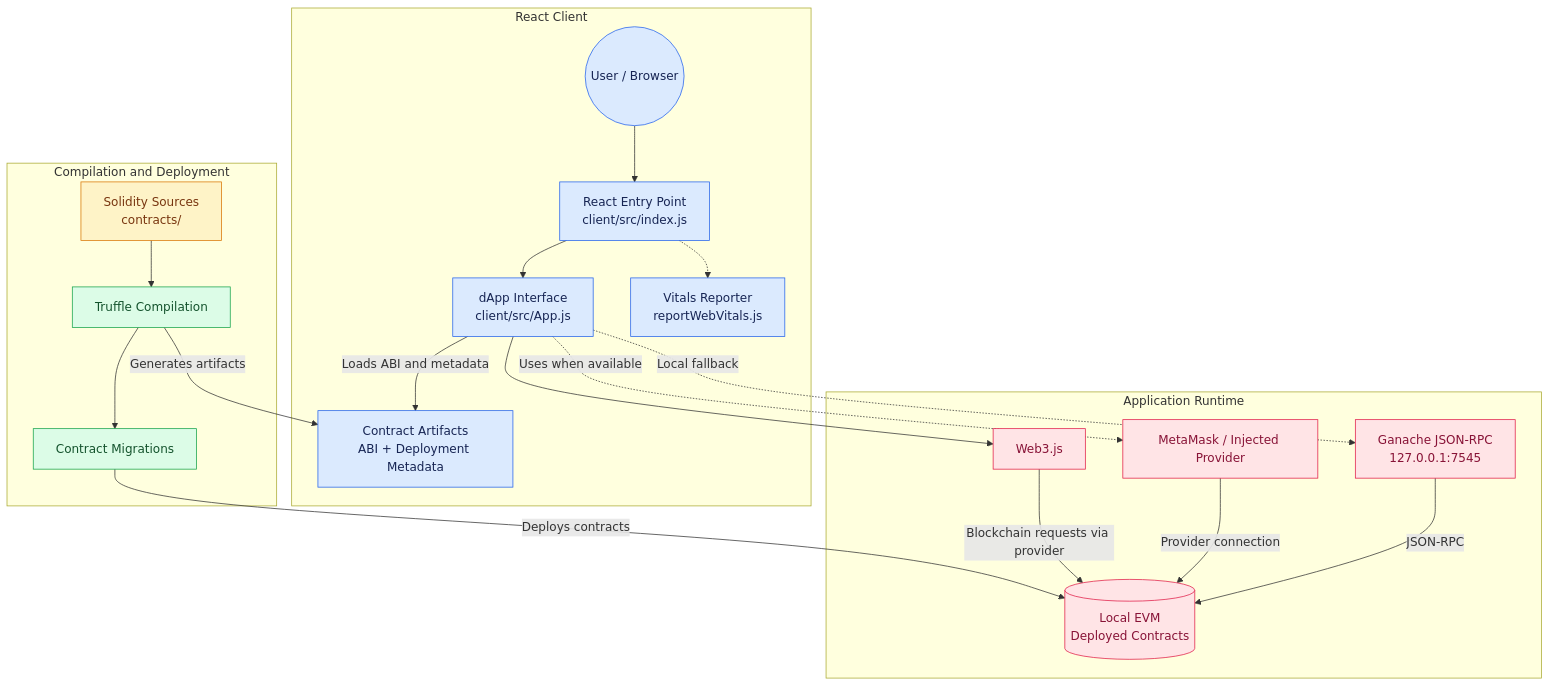
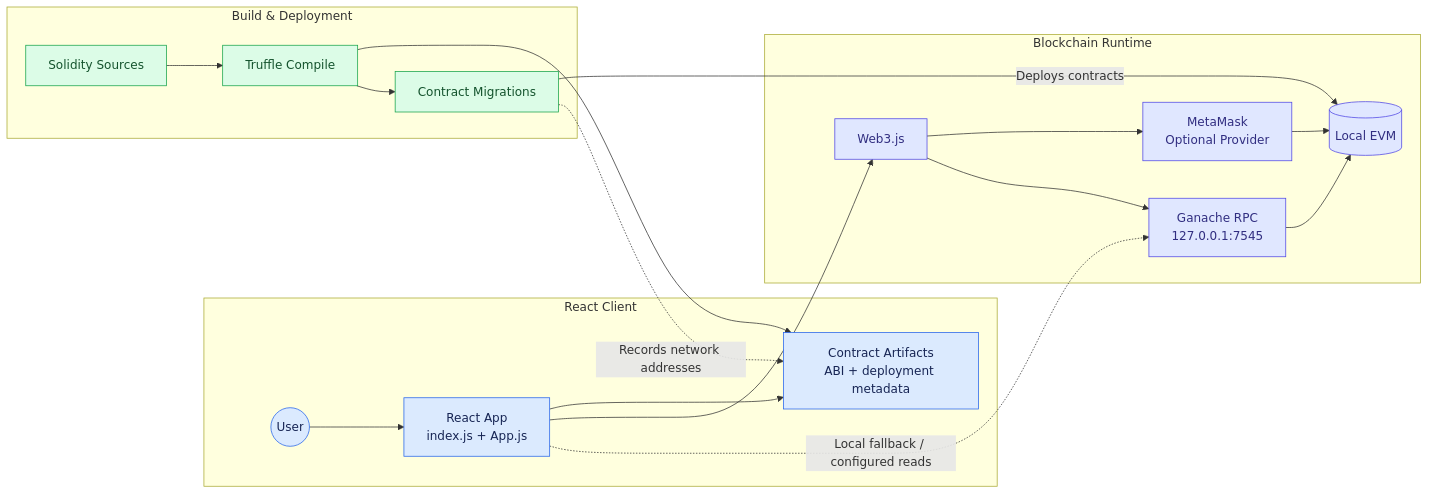
The first of 2 diagrams in README.md (Ellouzati-Mohammed/blockchain_project), drawn with Mermaid before and after one commit. The commit also changed other lines of this file, not shown here.

````diff
--- a/README.md
+++ b/README.md
@@ -67,50 +66,43 @@
 ```mermaid
-flowchart TB
+flowchart LR
     subgraph CLIENT["React Client"]
-        USER((User / Browser))
-        ENTRY["React Entry Point<br/>client/src/index.js"]
-        APP["dApp Interface<br/>client/src/App.js"]
-        VITALS["Vitals Reporter<br/>reportWebVitals.js"]
-        ARTIFACTS["Contract Artifacts<br/>ABI + Deployment Metadata"]
-
-        USER --> ENTRY
-        ENTRY --> APP
-        ENTRY -.-> VITALS
-        APP -->|"Loads ABI and metadata"| ARTIFACTS
+        U(("User"))
+        UI["React App<br/>index.js + App.js"]
+        ART["Contract Artifacts<br/>ABI + deployment metadata"]
+        U --> UI
+        UI --> ART
     end
 
-    subgraph DEVELOPMENT["Compilation and Deployment"]
-        SRC["Solidity Sources<br/>contracts/"]
-        COMPILE["Truffle Compilation"]
+    subgraph BUILD["Build & Deployment"]
+        SRC["Solidity Sources"]
+        COMP["Truffle Compile"]
         MIG["Contract Migrations"]
+        SRC --> COMP
+        COMP --> ART
+        COMP --> MIG
     end
 
-    subgraph RUNTIME["Application Runtime"]
-        WEB3["Web3.js"]
-        MM["MetaMask / Injected Provider"]
-        RPC["Ganache JSON-RPC<br/>127.0.0.1:7545"]
-        EVM[("Local EVM<br/>Deployed Contracts")]
+    subgraph RUNTIME["Blockchain Runtime"]
+        W3["Web3.js"]
+        MM["MetaMask<br/>Optional Provider"]
+        RPC["Ganache RPC<br/>127.0.0.1:7545"]
+        EVM[("Local EVM")]
+        W3 --> MM
+        W3 --> RPC
+        MM --> EVM
+        RPC --> EVM
     end
 
-    SRC --> COMPILE
-    COMPILE -->|"Generates artifacts"| ARTIFACTS
-    COMPILE --> MIG
+    UI --> W3
+    UI -.->|"Local fallback / configured reads"| RPC
     MIG -->|"Deploys contracts"| EVM
-
-    APP --> WEB3
-    APP -.->|"Uses when available"| MM
-    APP -.->|"Local fallback"| RPC
-    WEB3 -->|"Blockchain requests via provider"| EVM
-    MM -->|"Provider connection"| EVM
-    RPC -->|"JSON-RPC"| EVM
+    MIG -.->|"Records network addresses"| ART
 
     classDef client fill:#dbeafe,stroke:#2563eb,color:#172554
-    classDef solidity fill:#fef3c7,stroke:#d97706,color:#78350f
-    classDef deployment fill:#dcfce7,stroke:#16a34a,color:#14532d
-    classDef blockchain fill:#ffe4e6,stroke:#e11d48,color:#881337
+    classDef build fill:#dcfce7,stroke:#16a34a,color:#14532d
+    classDef chain fill:#e0e7ff,stroke:#4f46e5,color:#312e81
 
-    class ENTRY,APP,VITALS,ARTIFACTS,USER client
-    class SRC solidity
-    class COMPILE,MIG deployment
-    class WEB3,MM,RPC,EVM blockchain
+    class U,UI,ART client
+    class SRC,COMP,MIG build
+    class W3,MM,RPC,EVM chain
 ```
````
